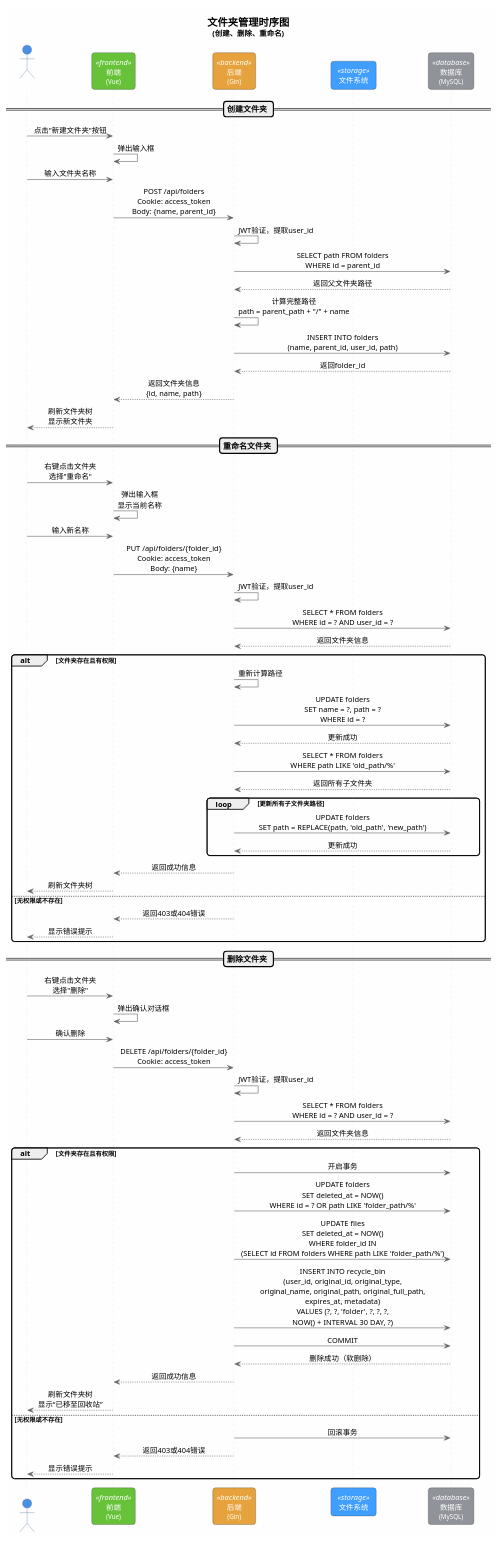
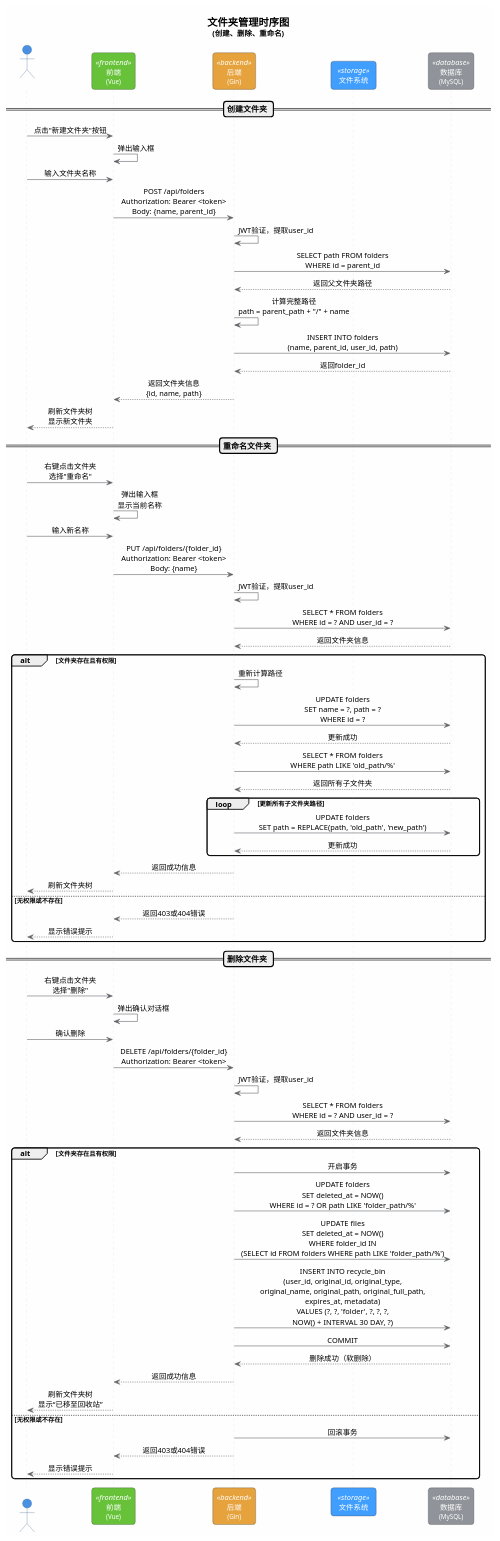
One commit to weiguangshuai/mCloud changed the fifth of 6 diagrams in doc/sequence-diagrams.puml. Above: the diagram before and after it, drawn with PlantUML. The commit also changed other lines of this file and 6 other files, not shown here.

```diff
--- a/doc/sequence-diagrams.puml
+++ b/doc/sequence-diagrams.puml
@@ -477,121 +472,121 @@
 @startuml 文件夹操作流程
 
 '样式配置
 skinparam backgroundColor #FEFEFE
 skinparam sequenceMessageAlign center
 skinparam roundcorner 10
 skinparam shadowing false
 
 skinparam actor {
     BackgroundColor #4A90E2
     BorderColor #2E5C8A
     FontColor White
     FontSize 14
 }
 
 skinparam participant {
     BackgroundColor<<frontend>> #67C23A
     BackgroundColor<<backend>> #E6A23C
     BackgroundColor<<database>> #909399
     BackgroundColor<<storage>> #409EFF
     BorderColor #333333
     FontColor White
     FontSize 13
 }
 
 skinparam sequence {
     ArrowColor #606266
     LifeLineBorderColor #DCDFE6
     LifeLineBackgroundColor #F2F6FC
     BoxBackgroundColor #ECF5FF
     BoxBorderColor #409EFF
 }
 
 skinparam note {
     BackgroundColor #FFF9E6
     BorderColor #E6A23C
     FontSize 11
 }
 
 title <size:18><b>文件夹管理时序图</b></size>\n<size:13>(创建、删除、重命名)</size>
 
 actor 用户 as User
 participant "  前端  \n<size:11>(Vue)</size>" as Frontend <<frontend>>
 participant "  后端  \n<size:11>(Gin)</size>" as Backend <<backend>>
 participant "  文件系统  " as FileSystem <<storage>>
 participant "  数据库  \n<size:11>(MySQL)</size>" as DB <<database>>
 
 == <b><size:14>创建文件夹</size></b> ==
 
 User -> Frontend: 点击"新建文件夹"按钮
 Frontend -> Frontend: 弹出输入框
 User -> Frontend: 输入文件夹名称
-Frontend -> Backend: POST /api/folders\nCookie: access_token\nBody: {name, parent_id}
+Frontend -> Backend: POST /api/folders\nAuthorization: Bearer <token>\nBody: {name, parent_id}
 Backend -> Backend: JWT验证，提取user_id
 Backend -> DB: SELECT path FROM folders\nWHERE id = parent_id
 DB --> Backend: 返回父文件夹路径
 Backend -> Backend: 计算完整路径\npath = parent_path + "/" + name
 Backend -> DB: INSERT INTO folders\n(name, parent_id, user_id, path)
 DB --> Backend: 返回folder_id
 Backend --> Frontend: 返回文件夹信息\n{id, name, path}
 Frontend --> User: 刷新文件夹树\n显示新文件夹
 
 == <b><size:14>重命名文件夹</size></b> ==
 
 User -> Frontend: 右键点击文件夹\n选择"重命名"
 Frontend -> Frontend: 弹出输入框\n显示当前名称
 User -> Frontend: 输入新名称
-Frontend -> Backend: PUT /api/folders/{folder_id}\nCookie: access_token\nBody: {name}
+Frontend -> Backend: PUT /api/folders/{folder_id}\nAuthorization: Bearer <token>\nBody: {name}
 Backend -> Backend: JWT验证，提取user_id
 Backend -> DB: SELECT * FROM folders\nWHERE id = ? AND user_id = ?
 DB --> Backend: 返回文件夹信息
 
 alt 文件夹存在且有权限
     Backend -> Backend: 重新计算路径
     Backend -> DB: UPDATE folders\nSET name = ?, path = ?\nWHERE id = ?
     DB --> Backend: 更新成功
 
     Backend -> DB: SELECT * FROM folders\nWHERE path LIKE 'old_path/%'
     DB --> Backend: 返回所有子文件夹
 
     loop 更新所有子文件夹路径
         Backend -> DB: UPDATE folders\nSET path = REPLACE(path, 'old_path', 'new_path')
         DB --> Backend: 更新成功
     end
 
     Backend --> Frontend: 返回成功信息
     Frontend --> User: 刷新文件夹树
 else 无权限或不存在
     Backend --> Frontend: 返回403或404错误
     Frontend --> User: 显示错误提示
 end
 
 == <b><size:14>删除文件夹</size></b> ==
 
 User -> Frontend: 右键点击文件夹\n选择"删除"
 Frontend -> Frontend: 弹出确认对话框
 User -> Frontend: 确认删除
-Frontend -> Backend: DELETE /api/folders/{folder_id}\nCookie: access_token
+Frontend -> Backend: DELETE /api/folders/{folder_id}\nAuthorization: Bearer <token>
 Backend -> Backend: JWT验证，提取user_id
 Backend -> DB: SELECT * FROM folders\nWHERE id = ? AND user_id = ?
 DB --> Backend: 返回文件夹信息
 
 alt 文件夹存在且有权限
     Backend -> DB: 开启事务
 
     Backend -> DB: UPDATE folders\nSET deleted_at = NOW()\nWHERE id = ? OR path LIKE 'folder_path/%'
     Backend -> DB: UPDATE files\nSET deleted_at = NOW()\nWHERE folder_id IN\n(SELECT id FROM folders WHERE path LIKE 'folder_path/%')
 
     Backend -> DB: INSERT INTO recycle_bin\n(user_id, original_id, original_type,\noriginal_name, original_path, original_full_path,\nexpires_at, metadata)\nVALUES (?, ?, 'folder', ?, ?, ?,\nNOW() + INTERVAL 30 DAY, ?)
 
     Backend -> DB: COMMIT
     DB --> Backend: 删除成功（软删除）
     Backend --> Frontend: 返回成功信息
     Frontend --> User: 刷新文件夹树\n显示“已移至回收站”
 else 无权限或不存在
     Backend -> DB: 回滚事务
     Backend --> Frontend: 返回403或404错误
     Frontend --> User: 显示错误提示
 end
 
 @enduml
```
